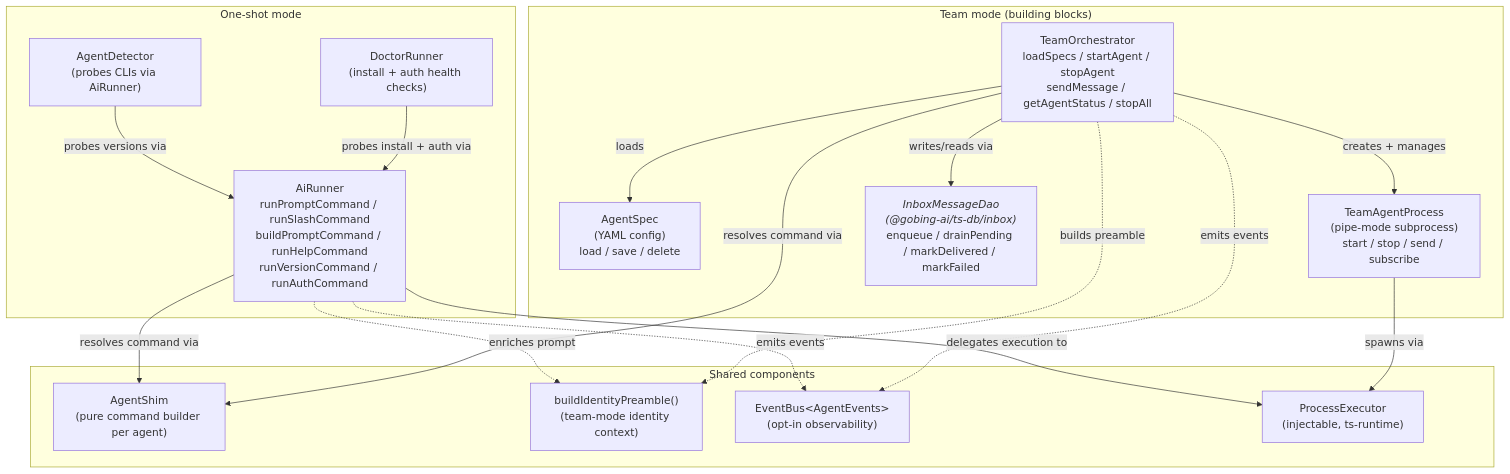
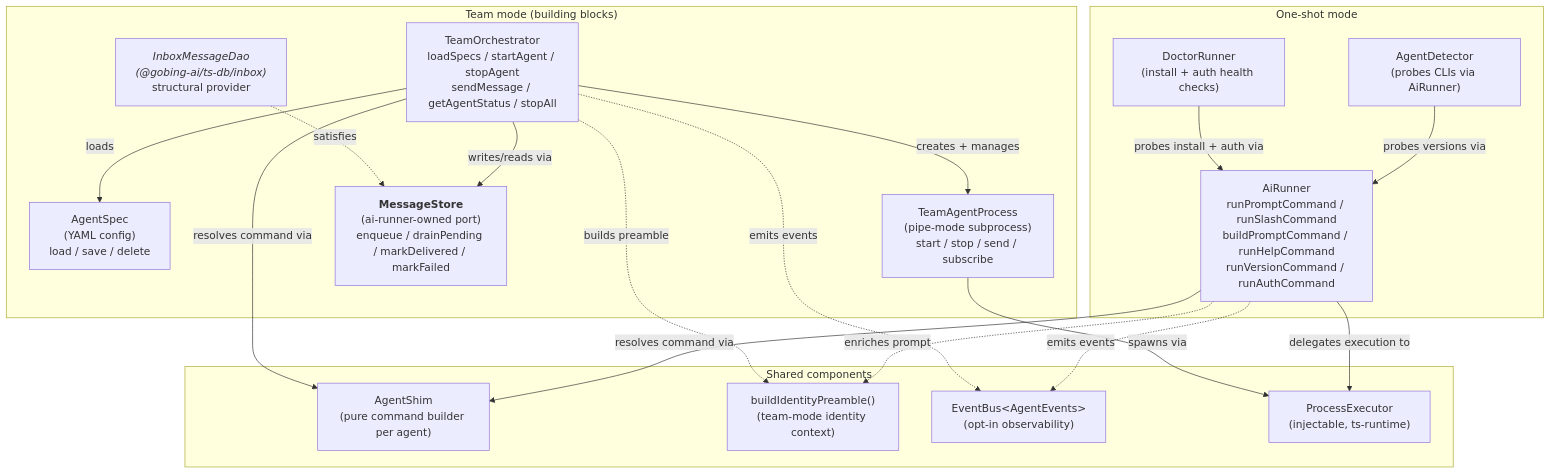
One commit to gobing-ai/ts-libs changed the first of 3 diagrams in packages/ai-runner/README.md. Above: the diagram before and after it, drawn with Mermaid. The commit also changed other lines of this file and 11 other files, not shown here.

First line of the commit message:
refactor(ai-runner): own MessageStore port, decouple from ts-db

````diff
--- a/packages/ai-runner/README.md
+++ b/packages/ai-runner/README.md
@@ -39,37 +40,39 @@
 ```mermaid
 graph TB
     subgraph Shared ["Shared components"]
         AgentShim["AgentShim<br/>(pure command builder per agent)"]
         Identity["buildIdentityPreamble()<br/>(team-mode identity context)"]
         EventBus["EventBus&lt;AgentEvents&gt;<br/>(opt-in observability)"]
         ProcessExecutor["ProcessExecutor<br/>(injectable, ts-runtime)"]
     end
 
     subgraph OneShot ["One-shot mode"]
         AiRunner["AiRunner<br/>runPromptCommand / runSlashCommand<br/>buildPromptCommand / runHelpCommand<br/>runVersionCommand / runAuthCommand"]
         AgentDetector["AgentDetector<br/>(probes CLIs via AiRunner)"]
         DoctorRunner["DoctorRunner<br/>(install + auth health checks)"]
 
         AiRunner -->|"resolves command via"| AgentShim
         AiRunner -->|"delegates execution to"| ProcessExecutor
         AgentDetector -->|"probes versions via"| AiRunner
         DoctorRunner -->|"probes install + auth via"| AiRunner
         AiRunner -.->|"emits events"| EventBus
         AiRunner -.->|"enriches prompt"| Identity
     end
 
     subgraph TeamMode ["Team mode (building blocks)"]
         TeamOrchestrator["TeamOrchestrator<br/>loadSpecs / startAgent / stopAgent<br/>sendMessage / getAgentStatus / stopAll"]
         AgentSpec["AgentSpec<br/>(YAML config)<br/>load / save / delete"]
         TeamAgentProcess["TeamAgentProcess<br/>(pipe-mode subprocess)<br/>start / stop / send / subscribe"]
-        InboxMessageDao["<i>InboxMessageDao<br/>(@gobing-ai/ts-db/inbox)</i><br/>enqueue / drainPending / markDelivered / markFailed"]
+        MessageStore["<b>MessageStore</b><br/>(ai-runner-owned port)<br/>enqueue / drainPending / markDelivered / markFailed"]
+        InboxMessageDao["<i>InboxMessageDao<br/>(@gobing-ai/ts-db/inbox)</i><br/>structural provider"]
 
         TeamOrchestrator -->|"loads"| AgentSpec
         TeamOrchestrator -->|"creates + manages"| TeamAgentProcess
-        TeamOrchestrator -->|"writes/reads via"| InboxMessageDao
+        TeamOrchestrator -->|"writes/reads via"| MessageStore
+        InboxMessageDao -.->|"satisfies"| MessageStore
         TeamOrchestrator -->|"resolves command via"| AgentShim
         TeamOrchestrator -.->|"emits events"| EventBus
         TeamOrchestrator -.->|"builds preamble"| Identity
         TeamAgentProcess -->|"spawns via"| ProcessExecutor
     end
 ```
````
